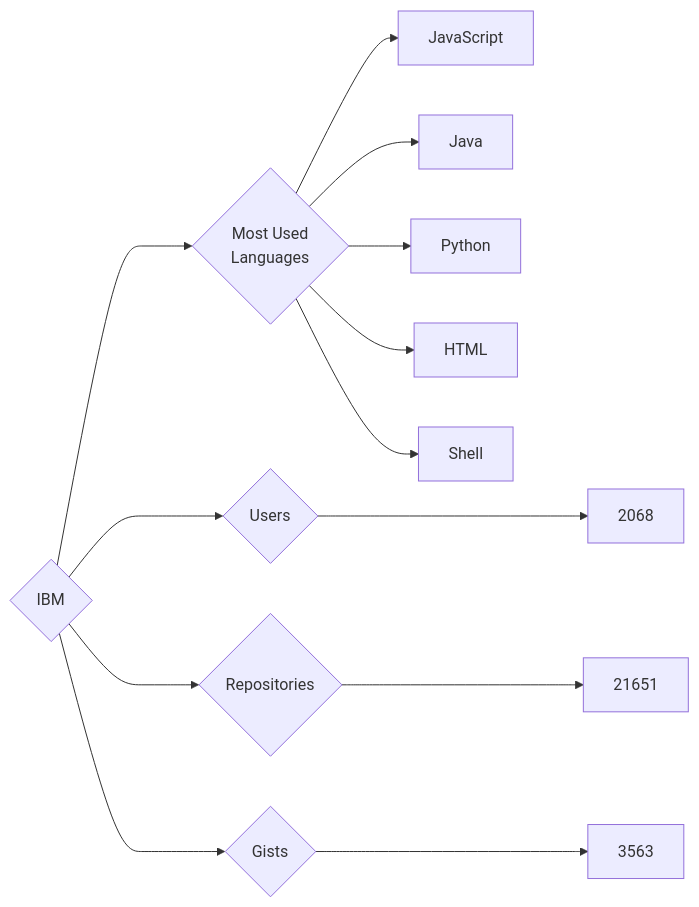
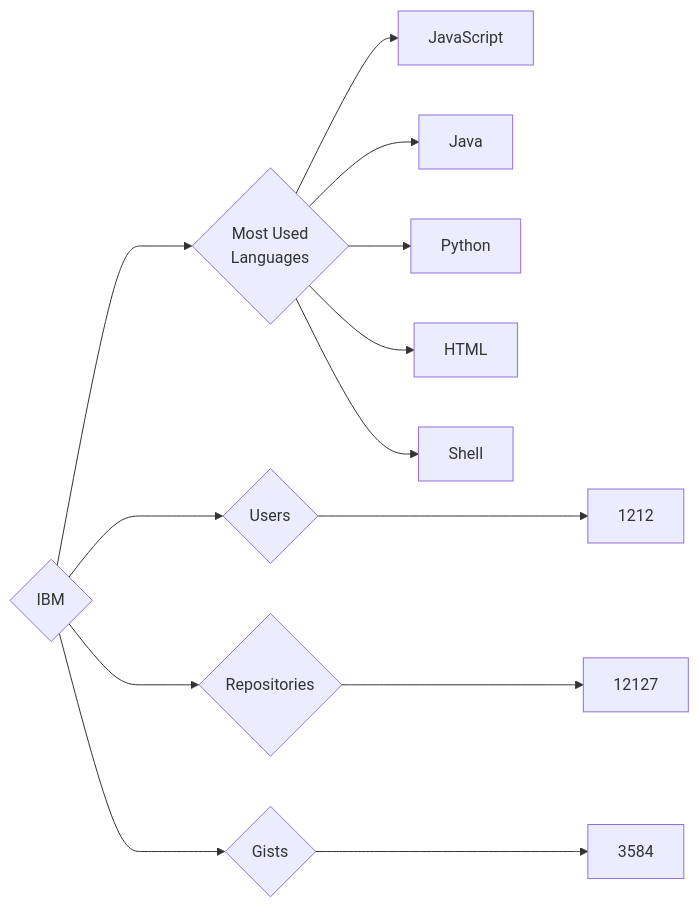
One commit to trickest/insiders changed the diagram in targets/IBM/README.md. Above: the diagram before and after it, drawn with Mermaid. The commit also changed 748 other files, not shown here.

````diff
--- a/targets/IBM/README.md
+++ b/targets/IBM/README.md
@@ -3,13 +3,13 @@
 ```mermaid
 graph LR
 COMPANY_NAME{IBM}
-COMPANY_NAME ---> U{Users} ---> UN[2068]
-COMPANY_NAME ---> R{Repositories} ---> RN[21651]
-COMPANY_NAME ---> G{Gists} ---> GN[3563]
+COMPANY_NAME ---> U{Users} ---> UN[1212]
+COMPANY_NAME ---> R{Repositories} ---> RN[12127]
+COMPANY_NAME ---> G{Gists} ---> GN[3584]
 COMPANY_NAME ---> ML{Most Used<br>Languages}
 ML --> JavaScript[JavaScript]
 ML --> Java[Java]
 ML --> Python[Python]
 ML --> HTML[HTML]
 ML --> Shell[Shell]
 ```
````
